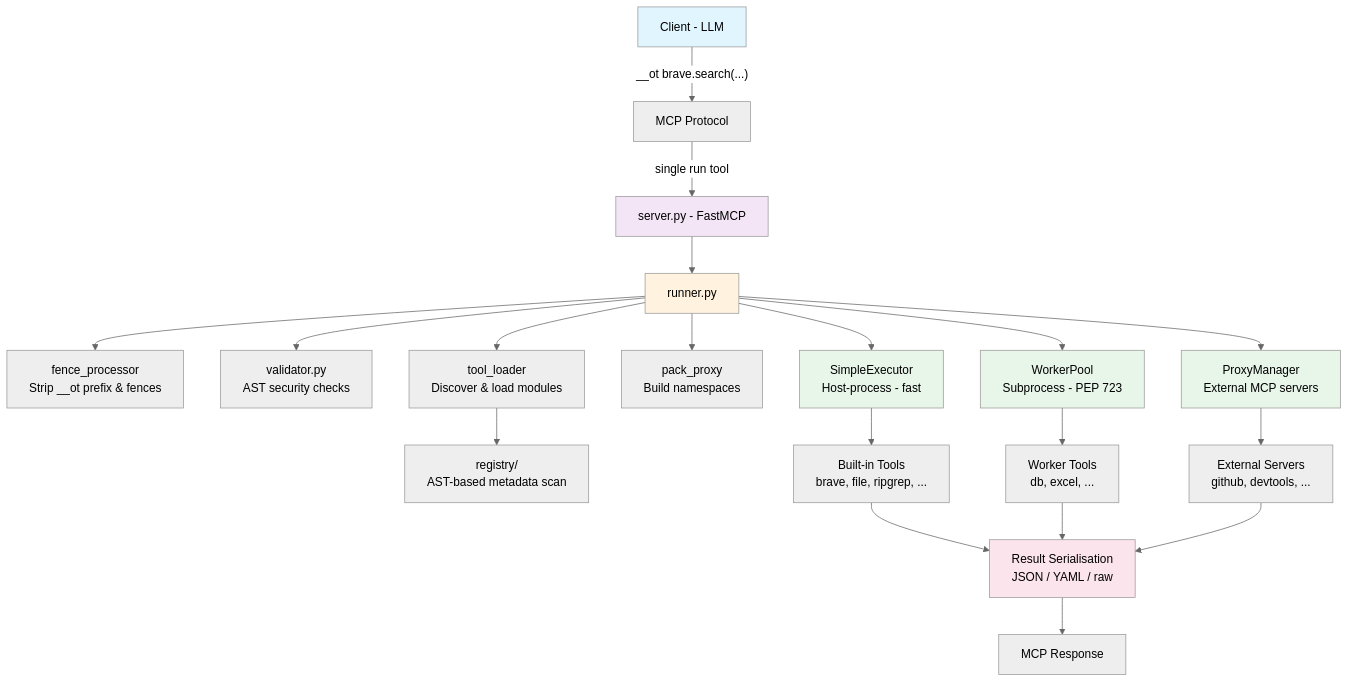
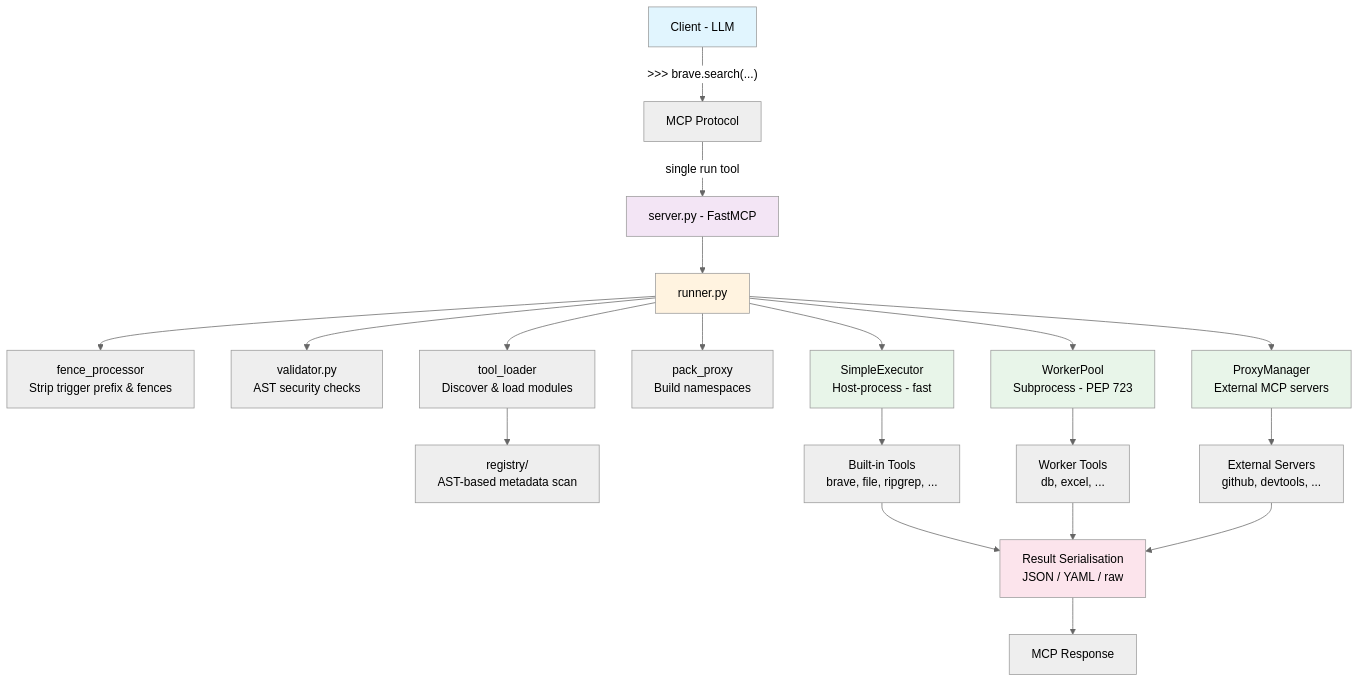
The diagram in dev/project/arch/index.md (robertpelloni/onetool-mcp), drawn with Mermaid (neutral theme) before and after one commit. The commit also changed other lines of this file and 57 other files, not shown here.

````diff
--- a/dev/project/arch/index.md
+++ b/dev/project/arch/index.md
@@ -13,36 +13,36 @@
 ```mermaid
 graph TD
-    C[Client - LLM] -->|"__ot brave.search(...)"| M[MCP Protocol]
+    C[Client - LLM] -->|">>> brave.search(...)"| M[MCP Protocol]
     M -->|"single run tool"| S[server.py - FastMCP]
 
     S --> R[runner.py]
 
-    R --> FP[fence_processor<br/>Strip __ot prefix & fences]
+    R --> FP[fence_processor<br/>Strip trigger prefix & fences]
     R --> VA[validator.py<br/>AST security checks]
     R --> TL[tool_loader<br/>Discover & load modules]
     R --> PP[pack_proxy<br/>Build namespaces]
 
     TL --> REG[registry/<br/>AST-based metadata scan]
 
     R --> SE[SimpleExecutor<br/>Host-process - fast]
     R --> WP[WorkerPool<br/>Subprocess - PEP 723]
     R --> PM[ProxyManager<br/>External MCP servers]
 
     SE --> BT[Built-in Tools<br/>brave, file, ripgrep, ...]
     WP --> WT[Worker Tools<br/>db, excel, ...]
     PM --> ET[External Servers<br/>github, devtools, ...]
 
     BT --> SER[Result Serialisation<br/>JSON / YAML / raw]
     WT --> SER
     ET --> SER
 
     SER --> RESP[MCP Response]
 
     style C fill:#e1f5fe
     style S fill:#f3e5f5
     style R fill:#fff3e0
     style SE fill:#e8f5e9
     style WP fill:#e8f5e9
     style PM fill:#e8f5e9
     style SER fill:#fce4ec
 ```
````
